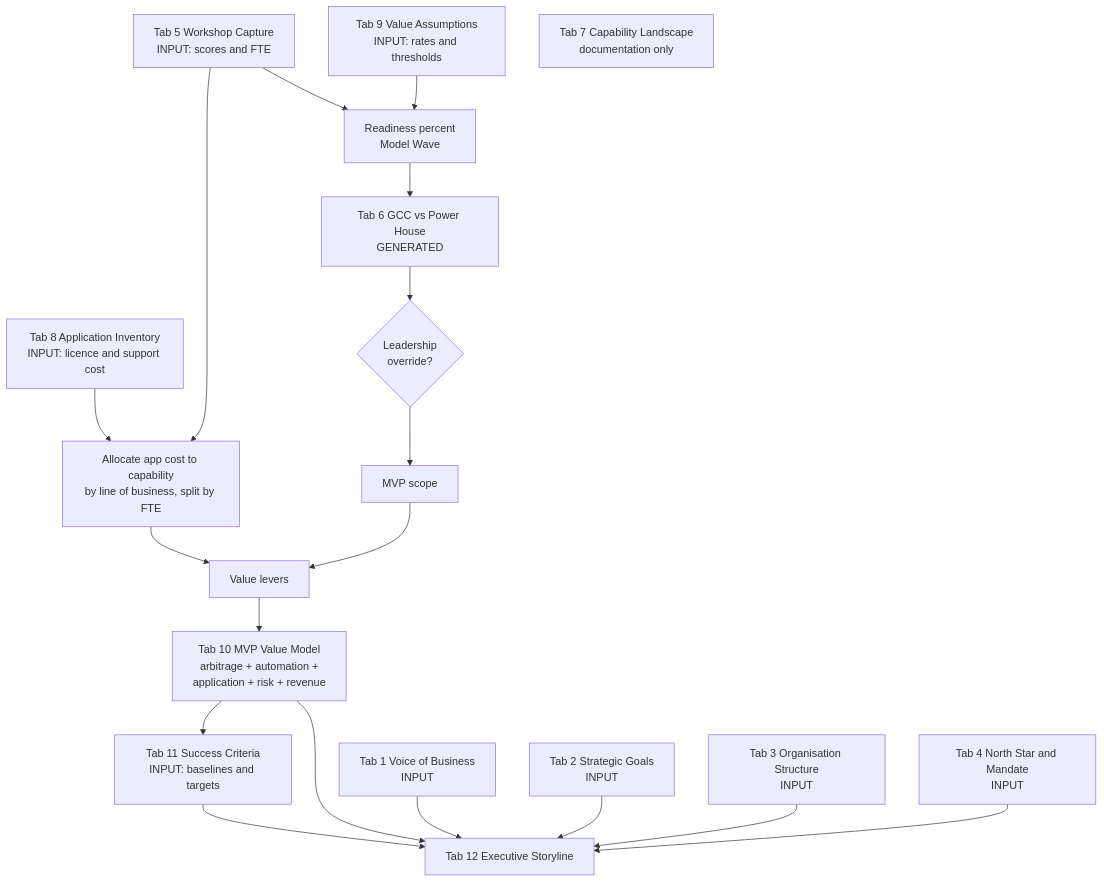
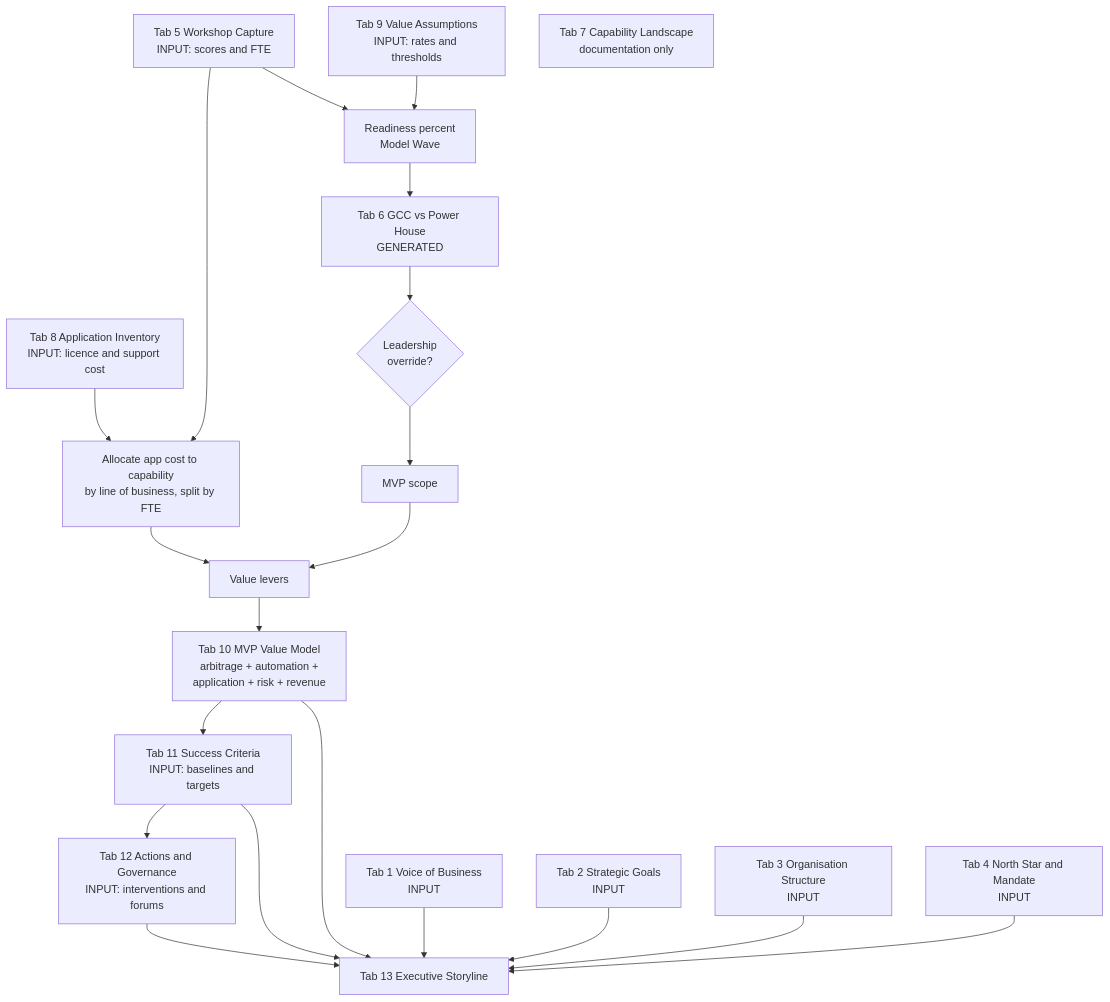
One commit to monicamehta/GCC-Value-MVP-Framework-Industry-Agnostic changed the diagram in README.md. Above: the diagram before and after it, drawn with Mermaid. The commit also changed other lines of this file and 4 other files, not shown here.

Commit message:
Add Actions and Governance tab linking success measures to interventions and forums

````diff
--- a/README.md
+++ b/README.md
@@ -25,33 +25,35 @@
 ```mermaid
 flowchart TD
     VOB["Tab 1 Voice of Business<br/>INPUT"]
     GOALS["Tab 2 Strategic Goals<br/>INPUT"]
     ORG["Tab 3 Organisation Structure<br/>INPUT"]
     NS["Tab 4 North Star and Mandate<br/>INPUT"]
     WS["Tab 5 Workshop Capture<br/>INPUT: scores and FTE"]
     APP["Tab 8 Application Inventory<br/>INPUT: licence and support cost"]
     ASSUM["Tab 9 Value Assumptions<br/>INPUT: rates and thresholds"]
 
     WS --> READY["Readiness percent<br/>Model Wave"]
     ASSUM --> READY
     APP --> ALLOC["Allocate app cost to capability<br/>by line of business, split by FTE"]
     WS --> ALLOC
 
     READY --> PLACE["Tab 6 GCC vs Power House<br/>GENERATED"]
     PLACE --> OVR{"Leadership<br/>override?"}
 
     OVR --> SCOPE["MVP scope"]
     ALLOC --> LEVERS["Value levers"]
     SCOPE --> LEVERS
 
     LEVERS --> VM["Tab 10 MVP Value Model<br/>arbitrage + automation +<br/>application + risk + revenue"]
     VM --> SUCCESS["Tab 11 Success Criteria<br/>INPUT: baselines and targets"]
-    SUCCESS --> STORY["Tab 12 Executive Storyline"]
+    SUCCESS --> ACT["Tab 12 Actions and Governance<br/>INPUT: interventions and forums"]
+    ACT --> STORY["Tab 13 Executive Storyline"]
+    SUCCESS --> STORY
     VM --> STORY
     VOB --> STORY
     GOALS --> STORY
     ORG --> STORY
     NS --> STORY
 
     LAND["Tab 7 Capability Landscape<br/>documentation only"]
 ```
````
